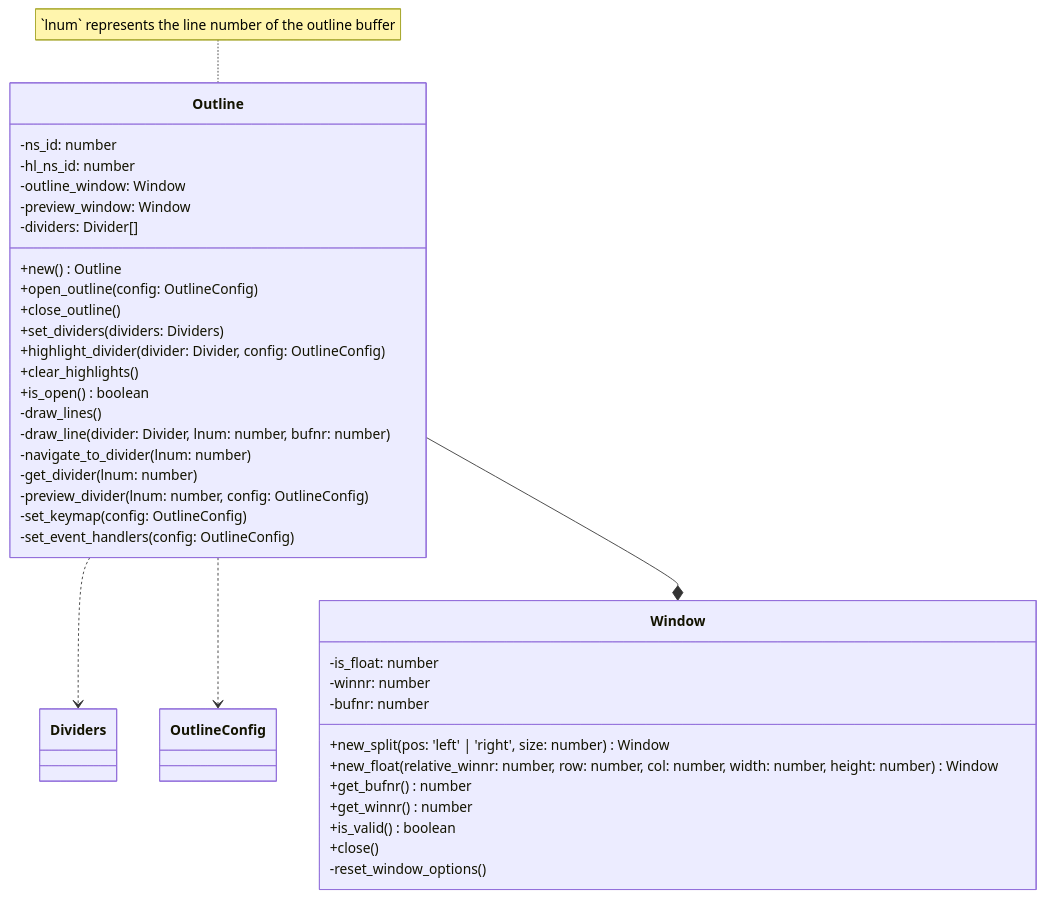
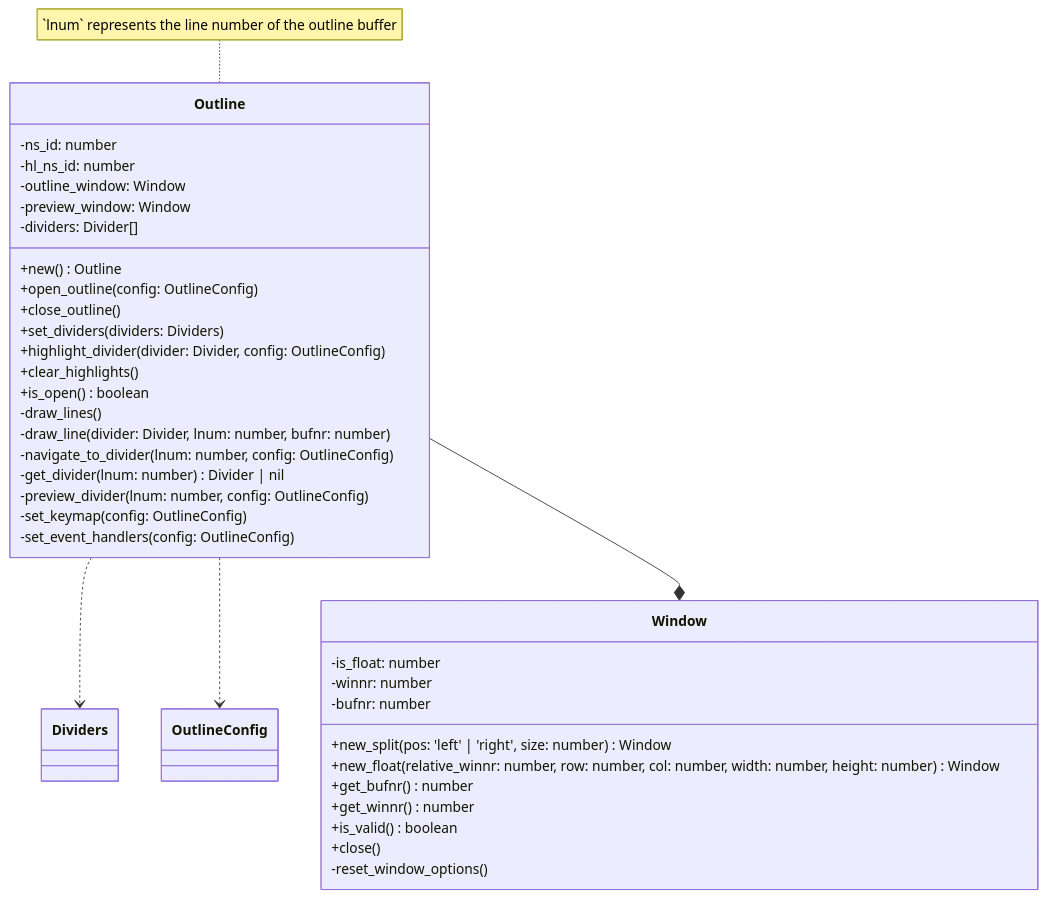
The fourth of 5 diagrams in DESIGN.md (niuiic/divider.nvim), drawn with Mermaid before and after one commit. The commit also changed other lines of this file and 4 other files, not shown here.

````diff
--- a/DESIGN.md
+++ b/DESIGN.md
@@ -126,43 +124,43 @@
 ```mermaid
 classDiagram
     note for Outline "`lnum` represents the line number of the outline buffer"
     Outline ..> Dividers
     Outline ..> OutlineConfig
     Outline --* Window
     class Outline {
         -ns_id: number
         -hl_ns_id: number
         -outline_window: Window
         -preview_window: Window
         -dividers: Divider[]
 
         +new() Outline
         +open_outline(config: OutlineConfig)
         +close_outline()
         +set_dividers(dividers: Dividers)
         +highlight_divider(divider: Divider, config: OutlineConfig)
         +clear_highlights()
         +is_open() boolean
         -draw_lines()
         -draw_line(divider: Divider, lnum: number, bufnr: number)
-        -navigate_to_divider(lnum: number)
-        -get_divider(lnum: number)
+        -navigate_to_divider(lnum: number, config: OutlineConfig)
+        -get_divider(lnum: number) Divider | nil
         -preview_divider(lnum: number, config: OutlineConfig)
         -set_keymap(config: OutlineConfig)
         -set_event_handlers(config: OutlineConfig)
     }
 
     class Window {
         -is_float: number
         -winnr: number
         -bufnr: number
 
         +new_split(pos: 'left' | 'right', size: number) Window
         +new_float(relative_winnr: number, row: number, col: number, width: number, height: number) Window
         +get_bufnr() number
         +get_winnr() number
         +is_valid() boolean
         +close()
         -reset_window_options()
     }
 ```
````
